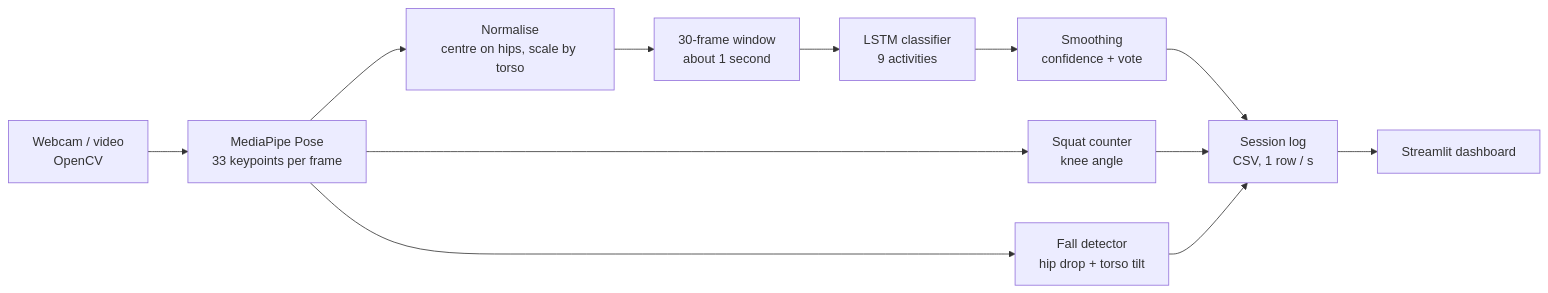
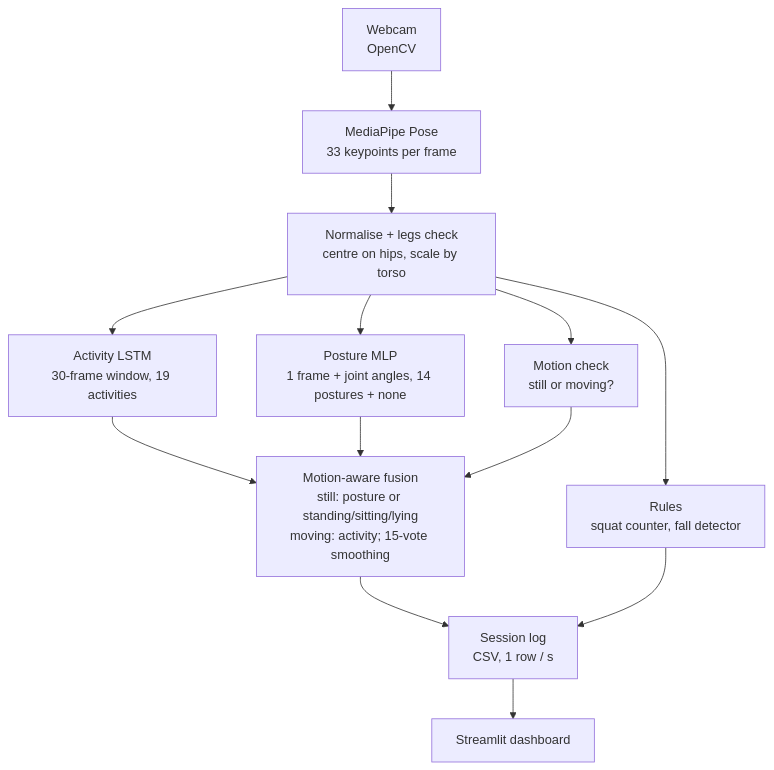
The diagram in README.md (SHARMI-P/actisense), drawn with Mermaid before and after one commit. The commit also changed other lines of this file, not shown here.

Commit message:
v4: sports, yoga and Bharatanatyam postures; motion-aware live app; updated README

````diff
--- a/README.md
+++ b/README.md
@@ -15,14 +31,15 @@
 ```mermaid
-flowchart LR
-    A[Webcam / video<br/>OpenCV] --> B[MediaPipe Pose<br/>33 keypoints per frame]
-    B --> C[Normalise<br/>centre on hips, scale by torso]
-    C --> D[30-frame window<br/>about 1 second]
-    D --> E[LSTM classifier<br/>9 activities]
-    E --> F[Smoothing<br/>confidence + vote]
-    B --> G[Squat counter<br/>knee angle]
-    B --> H[Fall detector<br/>hip drop + torso tilt]
-    F --> I[Session log<br/>CSV, 1 row / s]
+flowchart TD
+    A[Webcam<br/>OpenCV] --> B[MediaPipe Pose<br/>33 keypoints per frame]
+    B --> C[Normalise + legs check<br/>centre on hips, scale by torso]
+    C --> D[Activity LSTM<br/>30-frame window, 19 activities]
+    C --> E[Posture MLP<br/>1 frame + joint angles, 14 postures + none]
+    C --> F[Motion check<br/>still or moving?]
+    C --> G[Rules<br/>squat counter, fall detector]
+    D --> H[Motion-aware fusion<br/>still: posture or standing/sitting/lying<br/>moving: activity; 15-vote smoothing]
+    E --> H
+    F --> H
+    H --> I[Session log<br/>CSV, 1 row / s]
     G --> I
-    H --> I
     I --> J[Streamlit dashboard]
 ```
````
